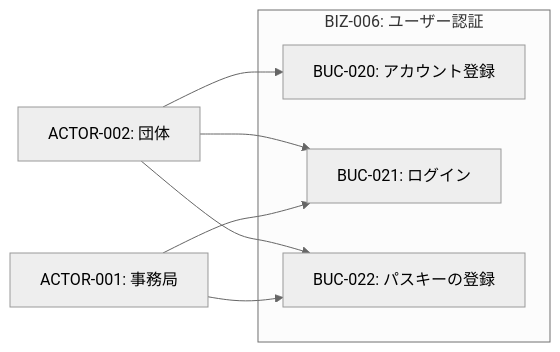
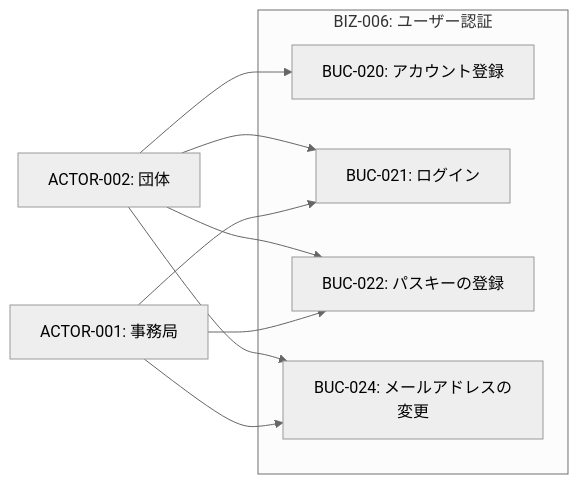
One commit to gdsc-osaka/iclub-reserve changed the first of 5 diagrams in rdra/contexts/user-authentication.md. Above: the diagram before and after it, drawn with Mermaid (neutral theme). The commit also changed other lines of this file and 4 other files, not shown here.

````diff
--- a/rdra/contexts/user-authentication.md
+++ b/rdra/contexts/user-authentication.md
@@ -115,17 +136,20 @@
 ```mermaid
 graph LR
     actor1["ACTOR-001: 事務局"]
     actor2["ACTOR-002: 団体"]
 
     subgraph biz6["BIZ-006: ユーザー認証"]
         buc20["BUC-020: アカウント登録"]
         buc21["BUC-021: ログイン"]
         buc22["BUC-022: パスキーの登録"]
+        buc24["BUC-024: メールアドレスの変更"]
     end
 
     actor2 --> buc20
     actor1 --> buc21
     actor2 --> buc21
     actor1 --> buc22
     actor2 --> buc22
+    actor1 --> buc24
+    actor2 --> buc24
 ```
````
